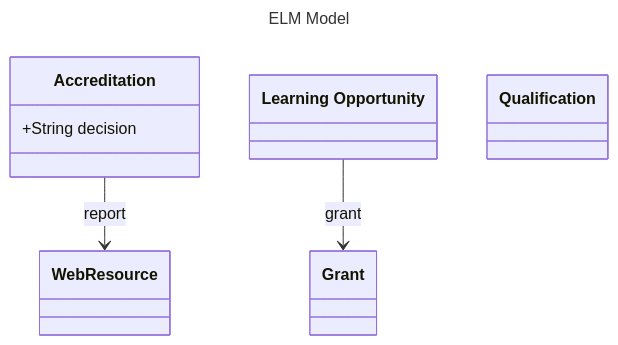
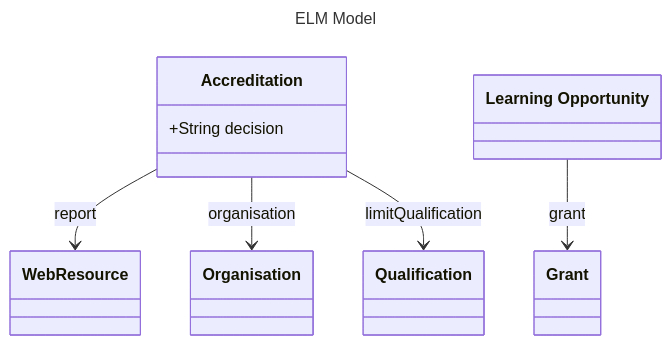
The diagram in elm_model.md (philbarker/ELM_Diag), drawn with Mermaid before and after one commit.

Commit message:
few more props

````diff
--- a/elm_model.md
+++ b/elm_model.md
@@ -2,15 +2,17 @@
 ```mermaid
 ---
 title: ELM Model
 description: European Learning Model data model diagrammed using Mermaid.
 ---
 classDiagram
     class Accreditation["Accreditation"]{
         +String decision
     }
     Accreditation --> WebResource : report
+    Accreditation --> Organisation : organisation
+    Accreditation --> Qualification : limitQualification
     class LearningOpportunity["Learning Opportunity"]
     LearningOpportunity --> Grant : grant
     class Grant["Grant"]
     class Qualification["Qualification"]
 ```
````
